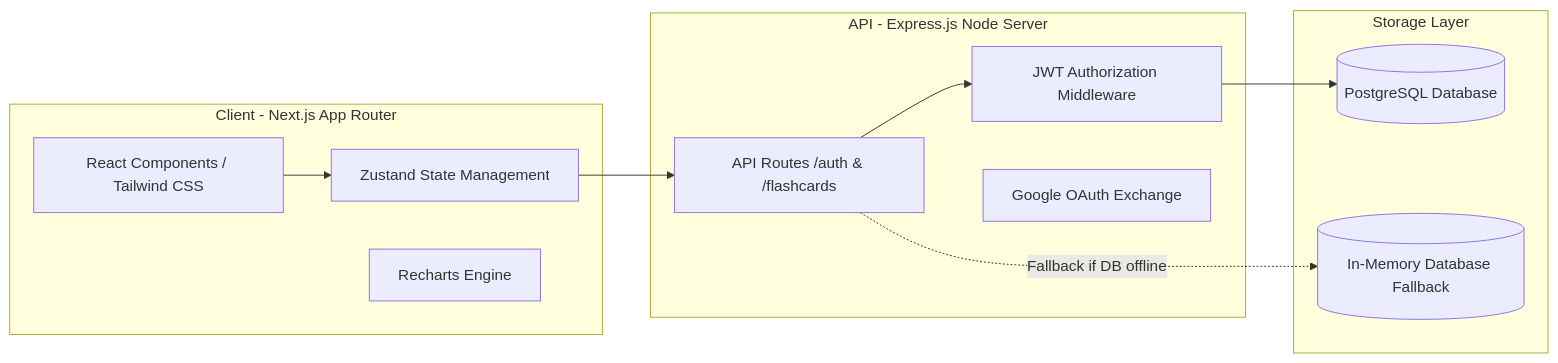
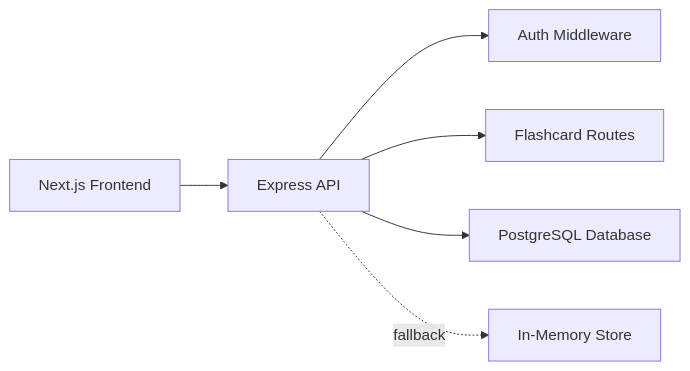
Before and after one commit to saiashish13/Study-FLow: the diagram in README.md, drawn with Mermaid. The commit also changed other lines of this file and 2 other files, not shown here.

````diff
--- a/README.md
+++ b/README.md
@@ -125,25 +110,8 @@
 ```mermaid
-graph LR
-    subgraph Frontend [Client - Next.js App Router]
-        UI[React Components / Tailwind CSS]
-        Store[Zustand State Management]
-        Charts[Recharts Engine]
-    end
-
-    subgraph Backend [API - Express.js Node Server]
-        Router[API Routes /auth & /flashcards]
-        AuthMW[JWT Authorization Middleware]
-        GoogleOAuth[Google OAuth Exchange]
-    end
-
-    subgraph Database [Storage Layer]
-        PGDB[(PostgreSQL Database)]
-        MemoryDB[(In-Memory Database Fallback)]
-    end
-
-    UI --> Store
-    Store --> Router
-    Router --> AuthMW
-    AuthMW --> PGDB
-    Router -.->|Fallback if DB offline| MemoryDB
+flowchart LR
+    A[Next.js Frontend] --> B[Express API]
+    B --> C[Auth Middleware]
+    B --> D[Flashcard Routes]
+    B --> E[PostgreSQL Database]
+    B -. fallback .-> F[In-Memory Store]
 ```
````
